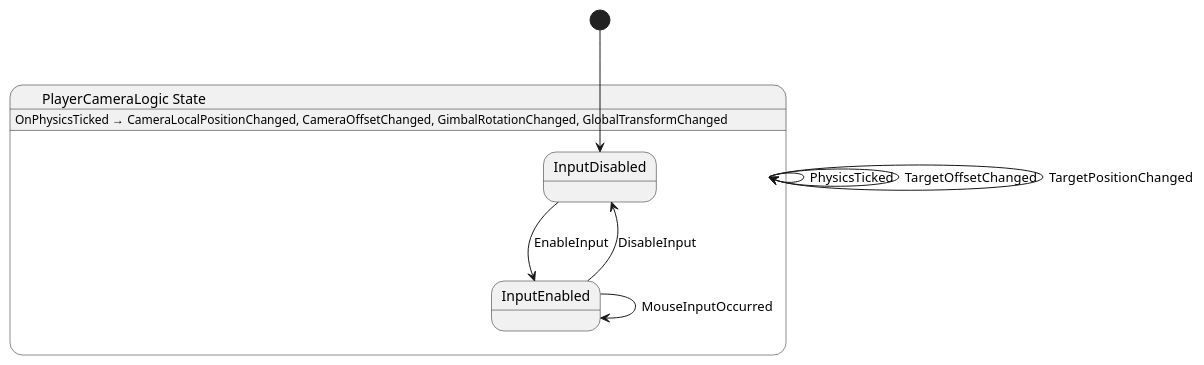
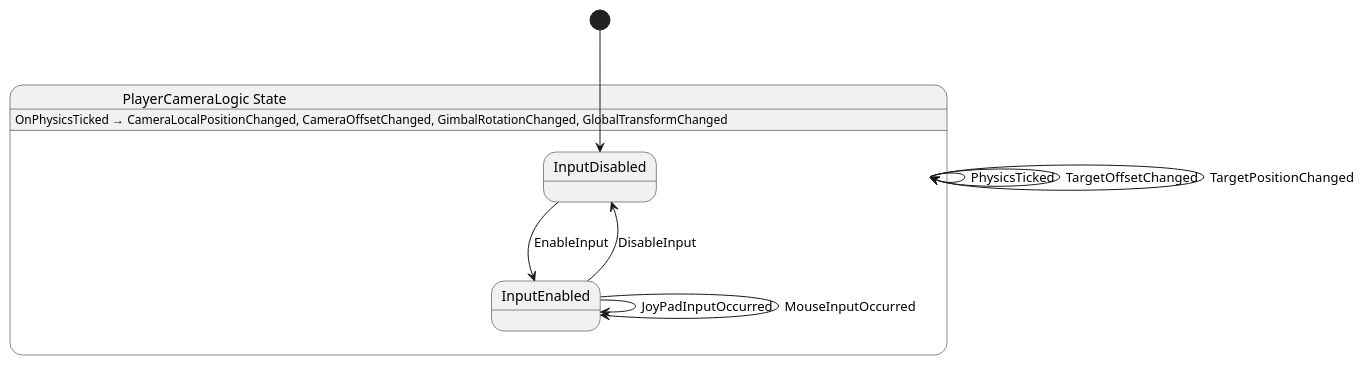
The diagram in src/player_camera/State/PlayerCameraLogic.g.puml (chickensoft-games/GameDemo), drawn with PlantUML before and after one commit. The commit also changed 6 other files, not shown here.

```diff
--- a/src/player_camera/State/PlayerCameraLogic.g.puml
+++ b/src/player_camera/State/PlayerCameraLogic.g.puml
@@ -1,16 +1,17 @@
 @startuml PlayerCameraLogic
 state "PlayerCameraLogic State" as GameDemo_PlayerCameraLogic_State {
   state "InputDisabled" as GameDemo_PlayerCameraLogic_State_InputDisabled
   state "InputEnabled" as GameDemo_PlayerCameraLogic_State_InputEnabled
   GameDemo_PlayerCameraLogic_State : OnPhysicsTicked → CameraLocalPositionChanged, CameraOffsetChanged, GimbalRotationChanged, GlobalTransformChanged
 }
 
 GameDemo_PlayerCameraLogic_State --> GameDemo_PlayerCameraLogic_State : PhysicsTicked
 GameDemo_PlayerCameraLogic_State --> GameDemo_PlayerCameraLogic_State : TargetOffsetChanged
 GameDemo_PlayerCameraLogic_State --> GameDemo_PlayerCameraLogic_State : TargetPositionChanged
 GameDemo_PlayerCameraLogic_State_InputDisabled --> GameDemo_PlayerCameraLogic_State_InputEnabled : EnableInput
 GameDemo_PlayerCameraLogic_State_InputEnabled --> GameDemo_PlayerCameraLogic_State_InputDisabled : DisableInput
+GameDemo_PlayerCameraLogic_State_InputEnabled --> GameDemo_PlayerCameraLogic_State_InputEnabled : JoyPadInputOccurred
 GameDemo_PlayerCameraLogic_State_InputEnabled --> GameDemo_PlayerCameraLogic_State_InputEnabled : MouseInputOccurred
 
 [*] --> GameDemo_PlayerCameraLogic_State_InputDisabled
 @enduml
```
